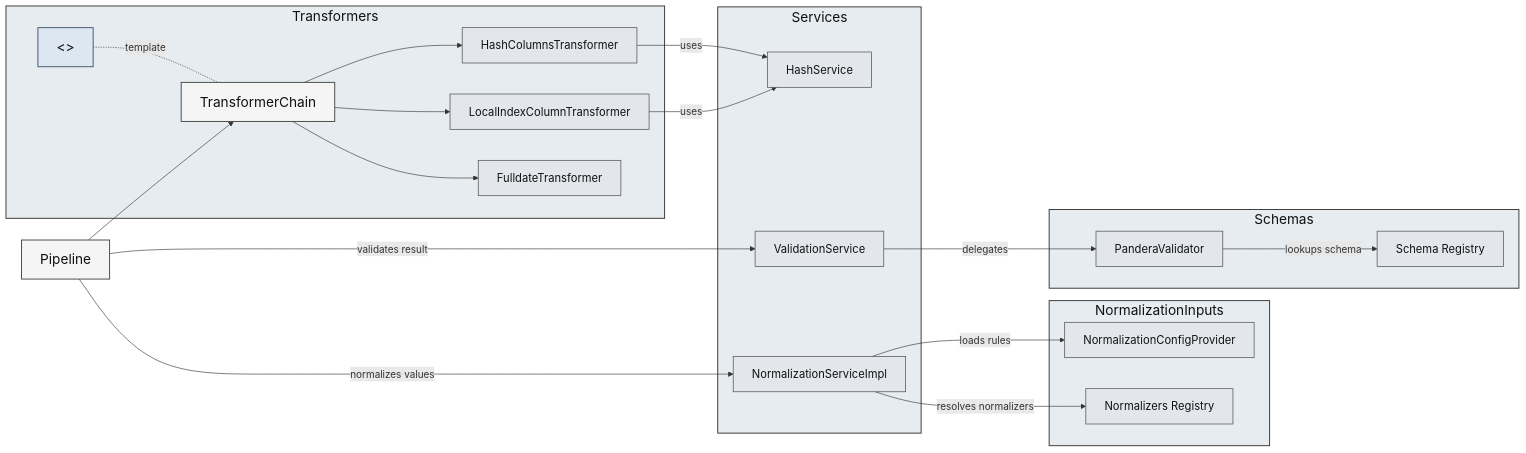
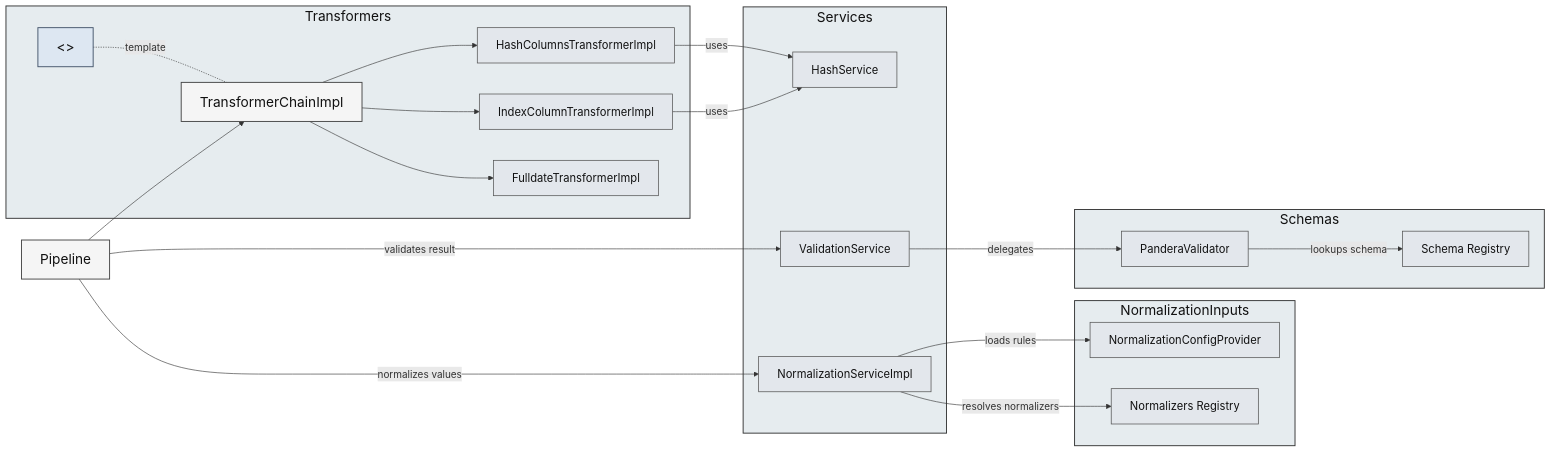
One commit to SatoryKono/BioactivityDataAcquisition changed the diagram in docs/architecture/diagrams/flow/domain-services-transform.mmd. Above: the diagram before and after it, drawn with Mermaid. The commit also changed 7 other files, not shown here.

Commit message:
Align hash transformer naming with Impl suffix

```diff
--- a/docs/architecture/diagrams/flow/domain-services-transform.mmd
+++ b/docs/architecture/diagrams/flow/domain-services-transform.mmd
@@ -1,54 +1,54 @@
 ---
 id: 8f0f89c8-5cff-4b57-a4b9-b5443c28908a
 ---
 flowchart LR
 
 classDef domainPrimary   fill:#f5f5f5,stroke:#444,stroke-width:1.5px,color:#111,font-size:22px;
 classDef domainSecondary fill:#e3e7ec,stroke:#555,stroke-width:1.2px,color:#111,font-size:18px;
 classDef interface       fill:#dde7f2,stroke:#44546a,stroke-width:1.5px,color:#111,font-size:22px;
 classDef group           fill:#e6ecef,stroke:#333,stroke-width:1.5px,color:#111,font-size:22px;
 
 subgraph Transformers
-    T_Chain[TransformerChain]:::domainPrimary
-    T_Hash[HashColumnsTransformer]:::domainSecondary
-    T_Index[LocalIndexColumnTransformer]:::domainSecondary
-    T_Date[FulldateTransformer]:::domainSecondary
+    T_Chain[TransformerChainImpl]:::domainPrimary
+    T_Hash[HashColumnsTransformerImpl]:::domainSecondary
+    T_Index[IndexColumnTransformerImpl]:::domainSecondary
+    T_Date[FulldateTransformerImpl]:::domainSecondary
     T_ABC[<<TransformerABC>>]:::interface
 end
 class Transformers group;
 
 subgraph Services
     HS[HashService]:::domainSecondary
     VS[ValidationService]:::domainSecondary
     NS[NormalizationServiceImpl]:::domainSecondary
 end
 class Services group;
 
 subgraph Schemas
     PS[PanderaValidator]:::domainSecondary
     Registry[Schema Registry]:::domainSecondary
 end
 class Schemas group;
 
 subgraph NormalizationInputs
     NCfg[NormalizationConfigProvider]:::domainSecondary
     Normalizers[Normalizers Registry]:::domainSecondary
 end
 class NormalizationInputs group;
 
 Pipeline[Pipeline]:::domainPrimary --> T_Chain
 T_Chain --> T_Hash
 T_Chain --> T_Index
 T_Chain --> T_Date
 T_ABC -. template .- T_Chain
 
 T_Hash -- uses --> HS
 T_Index -- uses --> HS
 
 Pipeline -- validates result --> VS
 Pipeline -- normalizes values --> NS
 
 VS -- delegates --> PS
 PS -- lookups schema --> Registry
 NS -- loads rules --> NCfg
 NS -- resolves normalizers --> Normalizers
```
